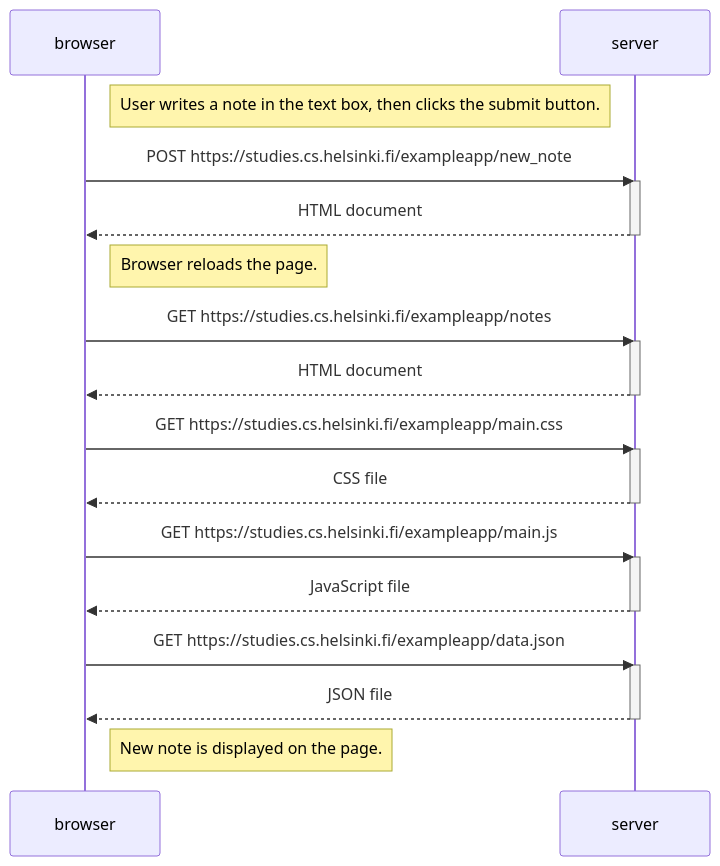
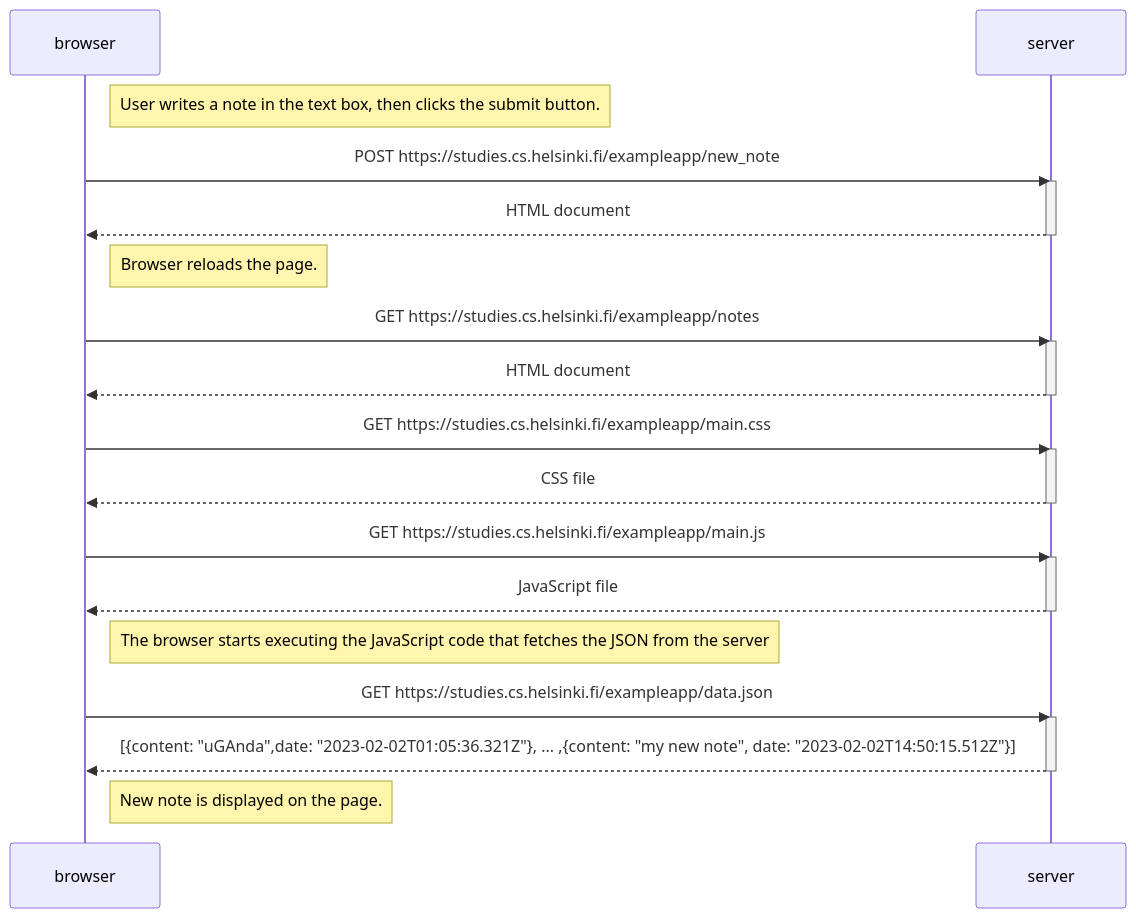
Before and after one commit to gabikakol/full-stack-web-development: the second of 2 diagrams in part0/0.4_new-note-diagram.md, drawn with Mermaid. The commit also changed other lines of this file, not shown here.

````diff
--- a/part0/0.4_new-note-diagram.md
+++ b/part0/0.4_new-note-diagram.md
@@ -28,38 +35,40 @@
 ```mermaid
 sequenceDiagram
 
     participant browser
     participant server
     
     Note right of browser: User writes a note in the text box, then clicks the submit button.
     
     browser->>server: POST https://studies.cs.helsinki.fi/exampleapp/new_note
     activate server
     server-->>browser: HTML document
     deactivate server
     
     Note right of browser: Browser reloads the page.
     
     browser->>server: GET https://studies.cs.helsinki.fi/exampleapp/notes
     activate server
     server-->>browser: HTML document
     deactivate server
     
     browser->>server: GET https://studies.cs.helsinki.fi/exampleapp/main.css
     activate server
     server-->>browser: CSS file
     deactivate server
     
     browser->>server: GET https://studies.cs.helsinki.fi/exampleapp/main.js
     activate server
     server-->>browser: JavaScript file
     deactivate server
     
+    Note right of browser: The browser starts executing the JavaScript code that fetches the JSON from the server
+    
     browser->>server: GET https://studies.cs.helsinki.fi/exampleapp/data.json
     activate server
-    server-->>browser: JSON file
+    server-->>browser: [{content: "uGAnda",date: "2023-02-02T01:05:36.321Z"}, ... ,{content: "my new note", date: "2023-02-02T14:50:15.512Z"}]
     deactivate server
     
      Note right of browser: New note is displayed on the page.
     
 ```
````
